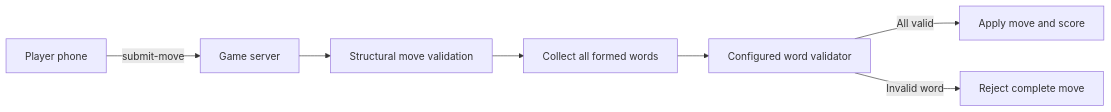
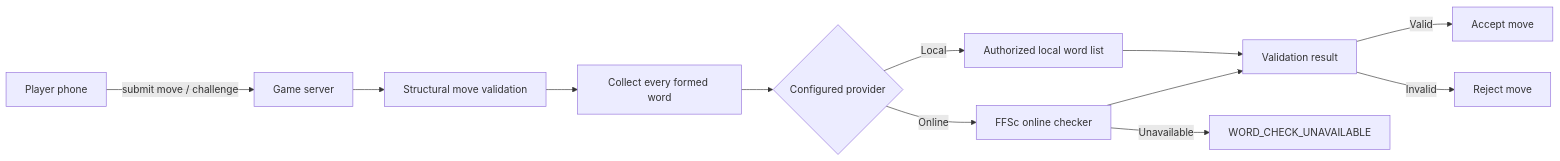
Before and after one commit to EfcyLab/electronic-scrabble: the diagram in docs/word-validation.md, drawn with Mermaid. The commit also changed other lines of this file and 19 other files, not shown here.

Commit message:
Add FFSc online ODS word validation

````diff
--- a/docs/word-validation.md
+++ b/docs/word-validation.md
@@ -24,9 +19,14 @@
 ```mermaid
 flowchart LR
-    Phone[Player phone] -->|submit-move| Server[Game server]
+    Phone[Player phone] -->|submit move / challenge| Server[Game server]
     Server --> Structure[Structural move validation]
-    Structure --> Words[Collect all formed words]
-    Words --> Dictionary[Configured word validator]
-    Dictionary -->|All valid| Score[Apply move and score]
-    Dictionary -->|Invalid word| Reject[Reject complete move]
+    Structure --> Words[Collect every formed word]
+    Words --> Provider{Configured provider}
+    Provider -->|Local| Local[Authorized local word list]
+    Provider -->|Online| FFSc[FFSc online checker]
+    Local --> Result[Validation result]
+    FFSc --> Result
+    Result -->|Valid| Accept[Accept move]
+    Result -->|Invalid| Reject[Reject move]
+    FFSc -->|Unavailable| Retry[WORD_CHECK_UNAVAILABLE]
 ```
````
